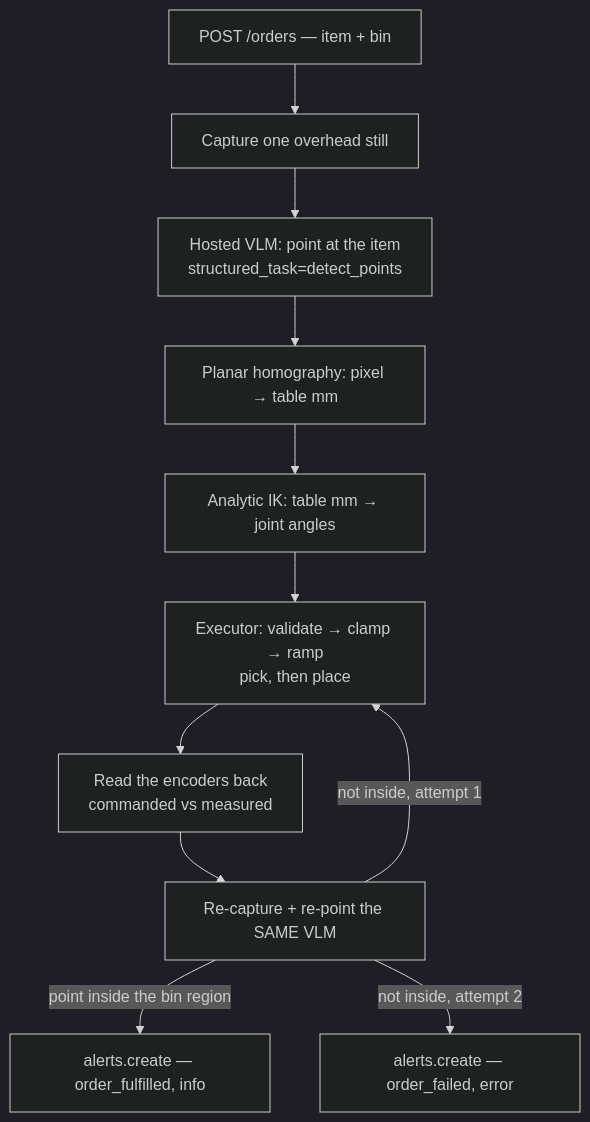
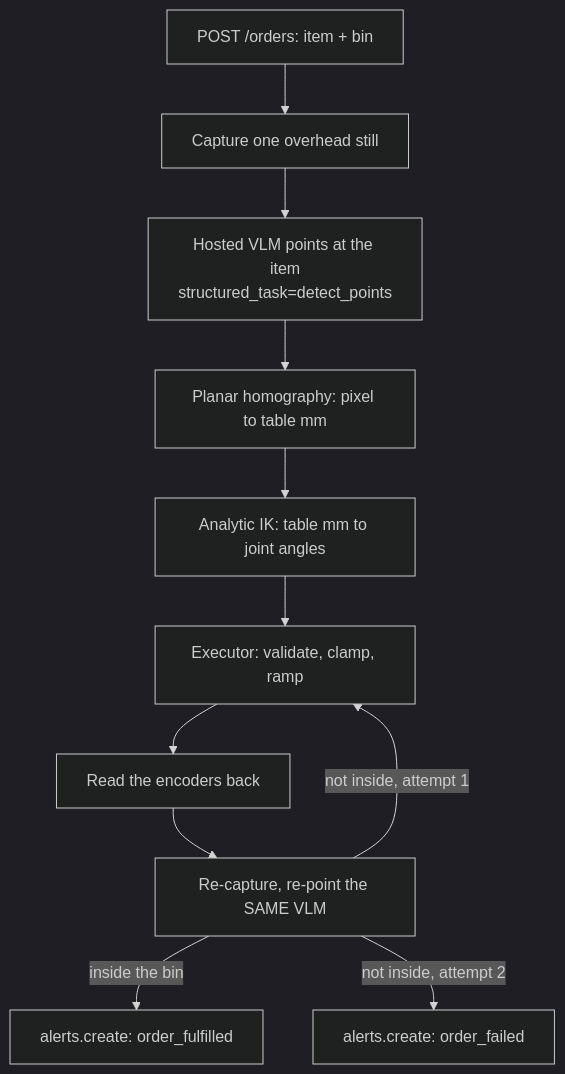
Before and after one commit to cyberwave-os/docs-mintlify: the diagram in tutorials/so101-zero-shot-picking-cell.mdx, drawn with Mermaid (dark theme). The commit also changed other lines of this file, not shown here.

````diff
--- a/tutorials/so101-zero-shot-picking-cell.mdx
+++ b/tutorials/so101-zero-shot-picking-cell.mdx
@@ -35,13 +33,13 @@
 ```mermaid
 flowchart TD
-    A["POST /orders — item + bin"] --> B["Capture one overhead still"]
-    B --> C["Hosted VLM: point at the item<br/>structured_task=detect_points"]
-    C --> D["Planar homography: pixel → table mm"]
-    D --> E["Analytic IK: table mm → joint angles"]
-    E --> F["Executor: validate → clamp → ramp<br/>pick, then place"]
-    F --> V["Read the encoders back<br/>commanded vs measured"]
-    V --> G["Re-capture + re-point the SAME VLM"]
-    G -->|point inside the bin region| H["alerts.create — order_fulfilled, info"]
+    A["POST /orders: item + bin"] --> B["Capture one overhead still"]
+    B --> C["Hosted VLM points at the item<br/>structured_task=detect_points"]
+    C --> D["Planar homography: pixel to table mm"]
+    D --> E["Analytic IK: table mm to joint angles"]
+    E --> F["Executor: validate, clamp, ramp"]
+    F --> V["Read the encoders back"]
+    V --> G["Re-capture, re-point the SAME VLM"]
+    G -->|inside the bin| H["alerts.create: order_fulfilled"]
     G -->|not inside, attempt 1| F
-    G -->|not inside, attempt 2| I["alerts.create — order_failed, error"]
+    G -->|not inside, attempt 2| I["alerts.create: order_failed"]
 ```
````
